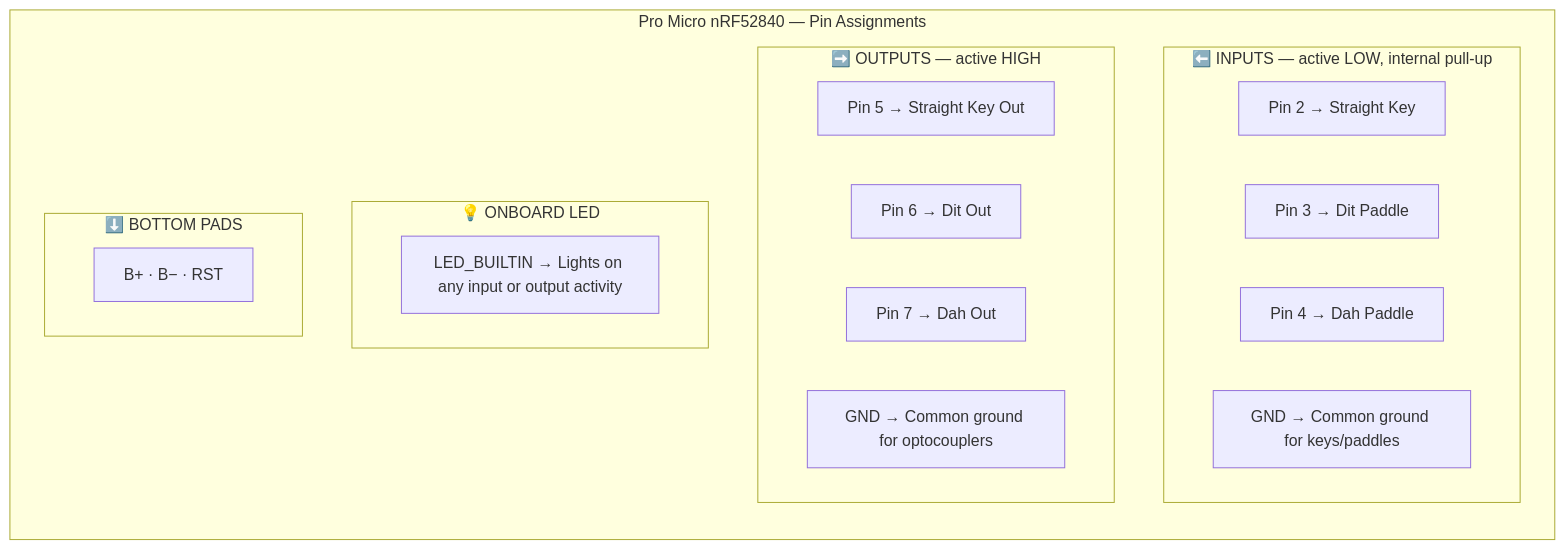
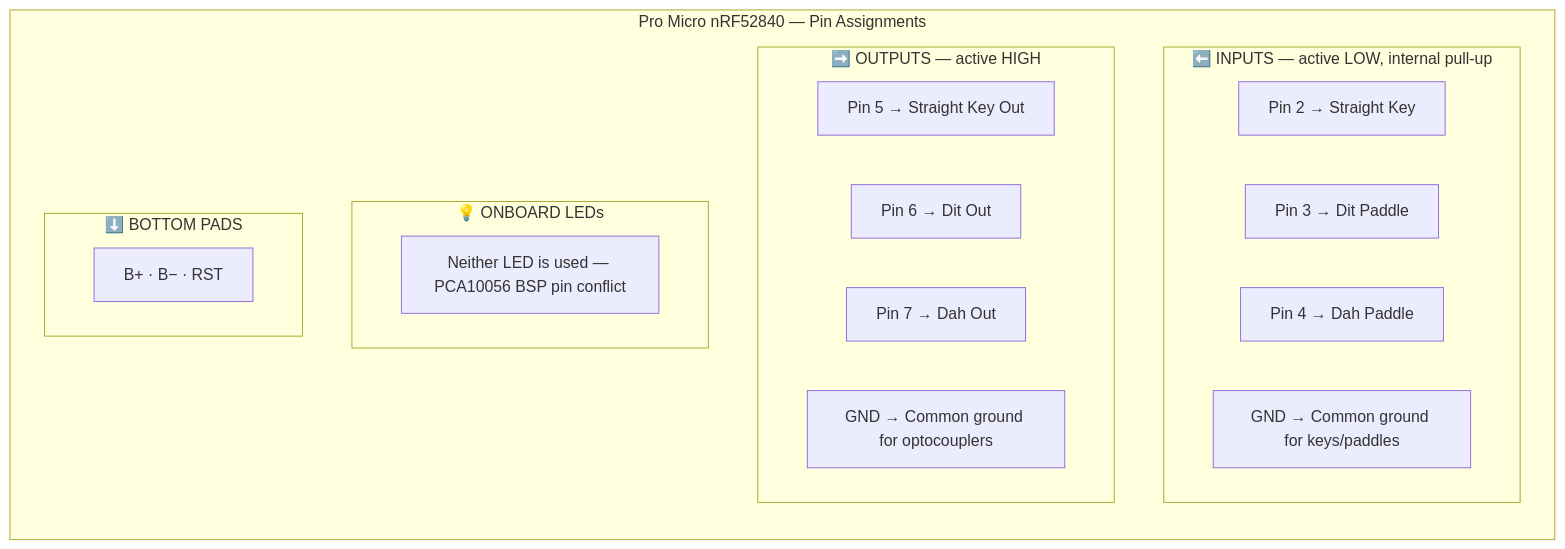
The second of 5 diagrams in arduino/README.md (5B4AON/mcs), drawn with Mermaid before and after one commit. The commit also changed other lines of this file and 6 other files, not shown here.

````diff
--- a/arduino/README.md
+++ b/arduino/README.md
@@ -71,28 +71,28 @@
 ```mermaid
 flowchart TB
     subgraph board["Pro Micro nRF52840 — Pin Assignments"]
         direction TB
 
         subgraph inputs["⬅️ INPUTS  —  active LOW, internal pull-up"]
             P2["Pin 2 → Straight Key"]
             P3["Pin 3 → Dit Paddle"]
             P4["Pin 4 → Dah Paddle"]
             GND_IN["GND → Common ground for keys/paddles"]
         end
 
         subgraph outputs["➡️ OUTPUTS  —  active HIGH"]
             P5["Pin 5 → Straight Key Out"]
             P6["Pin 6 → Dit Out"]
             P7["Pin 7 → Dah Out"]
             GND_OUT["GND → Common ground for optocouplers"]
         end
 
-        subgraph leds["💡 ONBOARD LED"]
-            LED["LED_BUILTIN → Lights on any input or output activity"]
+        subgraph leds["💡 ONBOARD LEDs"]
+            LED_NOTE["Neither LED is used — PCA10056 BSP pin conflict"]
         end
 
         subgraph bottom["⬇️ BOTTOM PADS"]
             BP["B+  ·  B−  ·  RST"]
         end
     end
 ```
````
